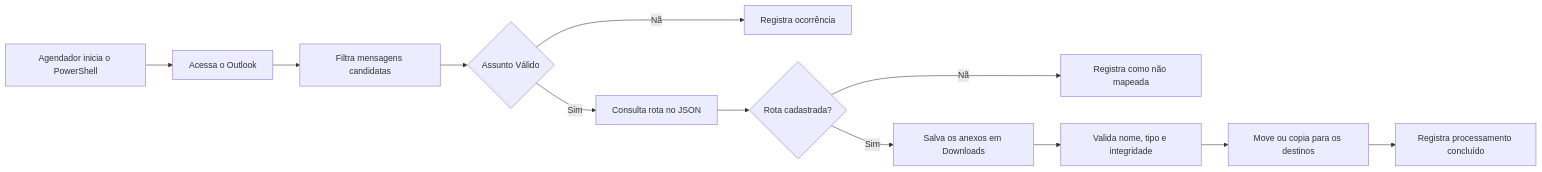
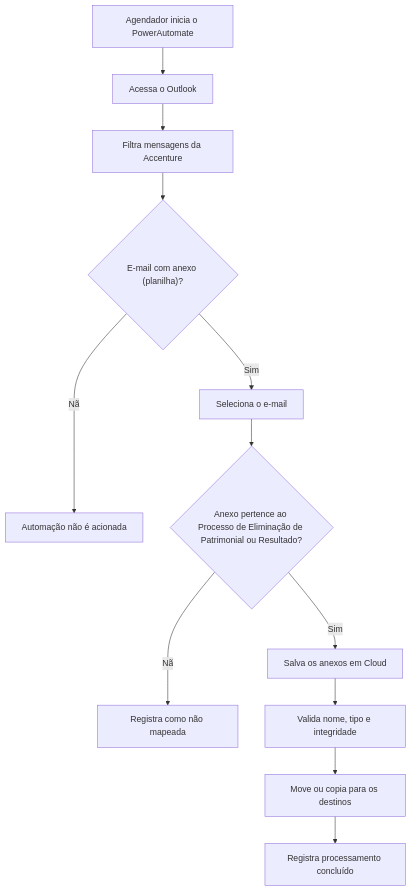
The diagram in fluxo.md (yurikomuta/automation-intercompany), drawn with Mermaid before and after one commit. The commit also changed 4 other files, not shown here.

Commit message:
update fluxograma salva guarda de captura de docs eliminação de resultado patrimonial

````diff
--- a/fluxo.md
+++ b/fluxo.md
@@ -1,14 +1,14 @@
 ```mermaid
-graph LR;
-    A["Agendador inicia o PowerShell"]-->B["Acessa o Outlook"];
-    B-->C["Filtra mensagens candidatas"];
-    C-->D{"Assunto Válido"};
-    D--Não-->E["Registra ocorrência"];
-    D--Sim-->F["Consulta rota no JSON"];
-    F-->G{"Rota cadastrada?"};
+graph TD;
+    A["Agendador inicia o PowerAutomate"]-->B["Acessa o Outlook"];
+    B-->C["Filtra mensagens da Accenture"];
+    C-->D{"E-mail com anexo (planilha)?"};
+    D--Não-->E["Automação não é acionada"];
+    D--Sim-->F["Seleciona o e-mail"];
+    F-->G{"Anexo pertence ao Processo de Eliminação de Patrimonial ou Resultado?"};
     G--Não-->H["Registra como não mapeada"];
-    G--Sim-->I["Salva os anexos em Downloads"];
+    G--Sim-->I["Salva os anexos em Cloud"];
     I-->J["Valida nome, tipo e integridade"];
     J-->K["Move ou copia para os destinos"];
     K-->L["Registra processamento concluído"]
 ```
````
